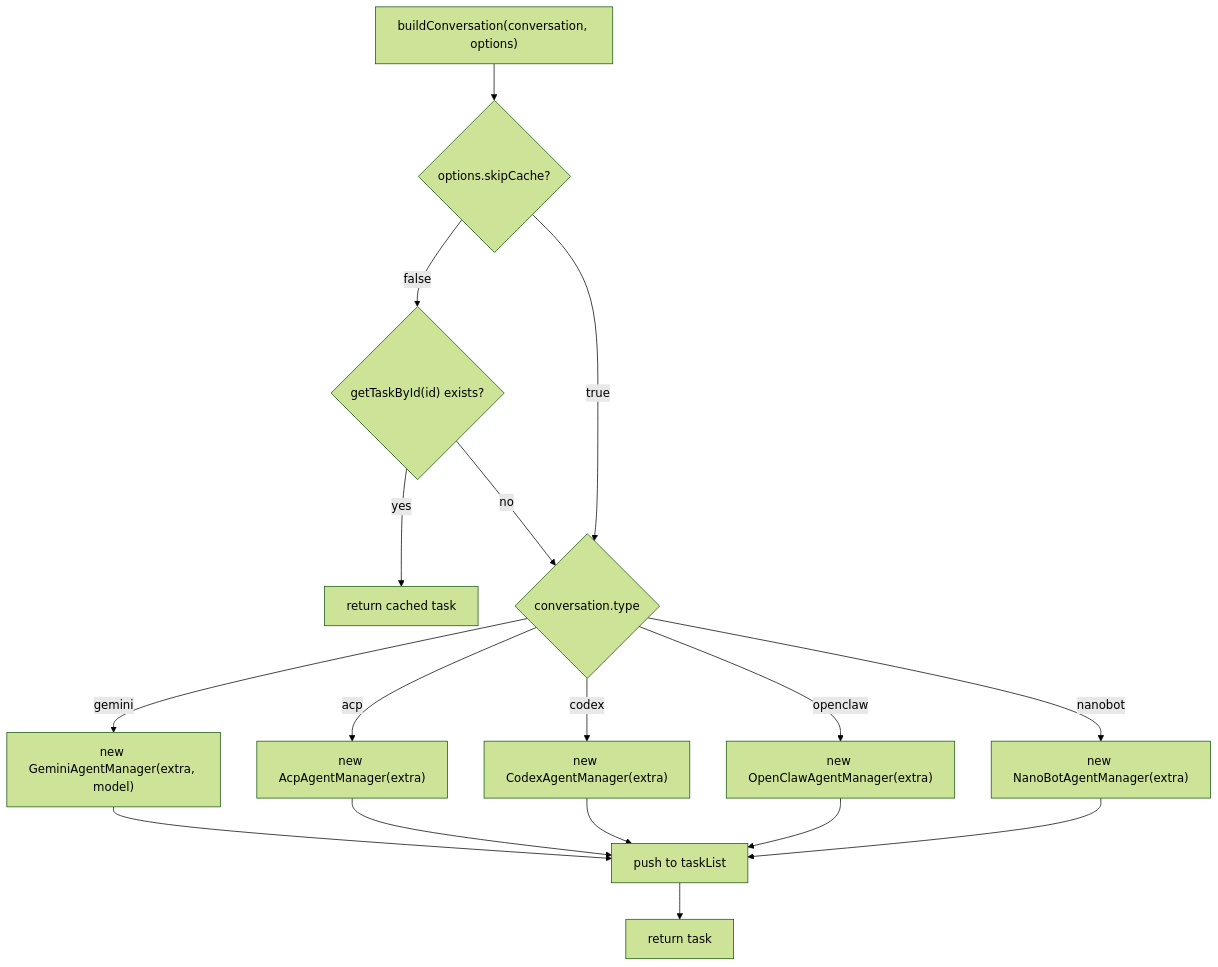
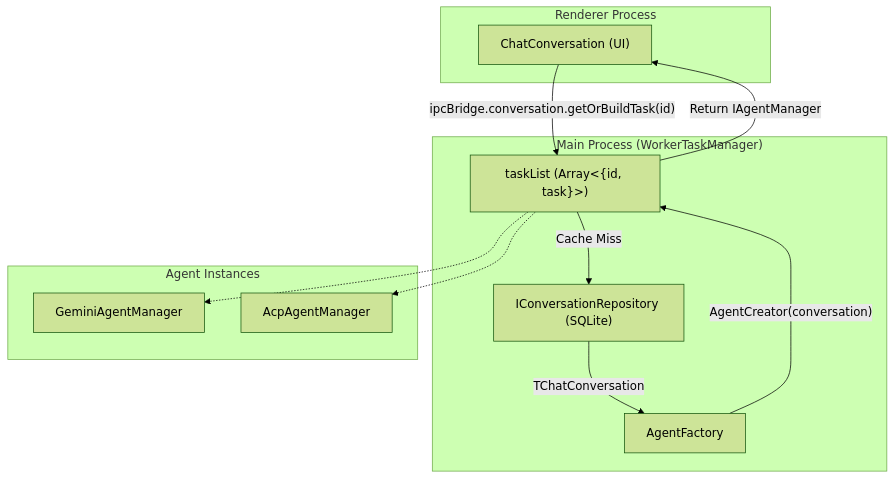
Before and after one commit to blackcater/zentree: the first of 2 diagrams in docs/iOfficeAI_AionUi/ai-agent-systems/index.md, drawn with Mermaid (forest theme). The commit also changed other lines of this file and 232 other files, not shown here.

````diff
--- a/docs/iOfficeAI_AionUi/ai-agent-systems/index.md
+++ b/docs/iOfficeAI_AionUi/ai-agent-systems/index.md
@@ -64,32 +67,26 @@
 ```mermaid
 flowchart TD
-    A["buildConversation(conversation, options)"]
-    B{"options.skipCache?"}
-    C{"getTaskById(id) exists?"}
-    D["return cached task"]
-    E{"conversation.type"}
-    F["new GeminiAgentManager(extra, model)"]
-    G["new AcpAgentManager(extra)"]
-    H["new CodexAgentManager(extra)"]
-    I["new OpenClawAgentManager(extra)"]
-    J["new NanoBotAgentManager(extra)"]
-    K["push to taskList"]
-    L["return task"]
+    subgraph "Renderer Process"
+        UI["ChatConversation (UI)"]
+    end
 
-    A --> B
-    B -- "false" --> C
-    C -- "yes" --> D
-    C -- "no" --> E
-    B -- "true" --> E
-    E -- "gemini" --> F
-    E -- "acp" --> G
-    E -- "codex" --> H
-    E -- "openclaw" --> I
-    E -- "nanobot" --> J
-    F --> K
-    G --> K
-    H --> K
-    I --> K
-    J --> K
-    K --> L
+    subgraph "Main Process (WorkerTaskManager)"
+        REPO["IConversationRepository (SQLite)"]
+        FACTORY["AgentFactory"]
+        CACHE["taskList (Array<{id, task}>)"]
+    end
+
+    UI -- "ipcBridge.conversation.getOrBuildTask(id)" --> CACHE
+    CACHE -- "Cache Miss" --> REPO
+    REPO -- "TChatConversation" --> FACTORY
+    FACTORY -- "AgentCreator(conversation)" --> CACHE
+    CACHE -- "Return IAgentManager" --> UI
+    
+    subgraph "Agent Instances"
+        GEM["GeminiAgentManager"]
+        ACP["AcpAgentManager"]
+    end
+    
+    CACHE -.-> GEM
+    CACHE -.-> ACP
 ```
````
